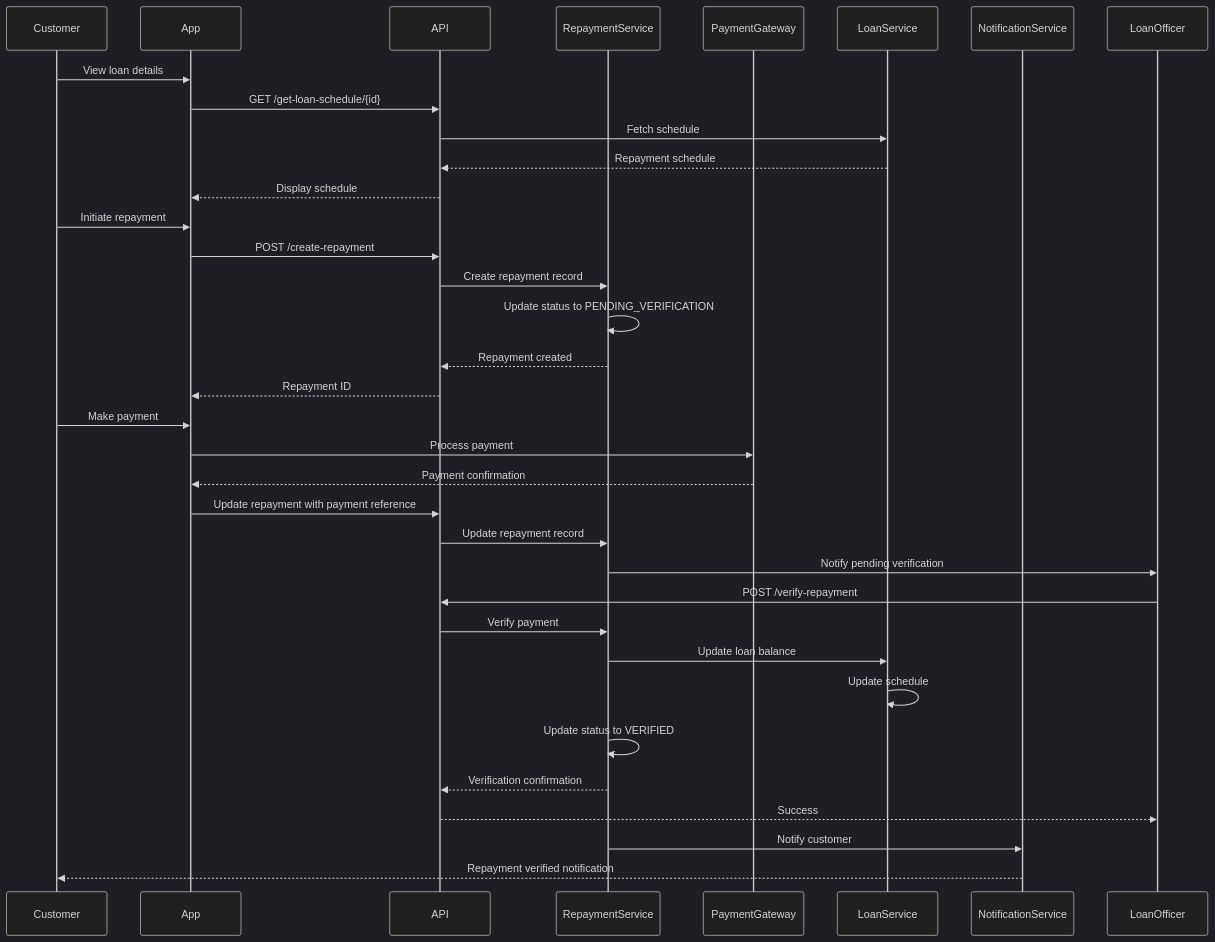
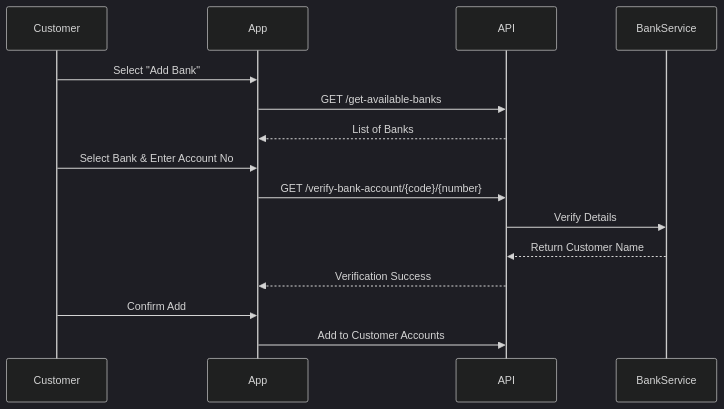
One commit to trillionclues-fincode/docs changed the third of 3 diagrams in lending/process-flow.mdx. Above: the diagram before and after it, drawn with Mermaid (dark theme). The commit also changed other lines of this file and 22 other files, not shown here.

Commit message:
chore(lending): refactor overview, process flows and api reference pages

````diff
--- a/lending/process-flow.mdx
+++ b/lending/process-flow.mdx
@@ -298,37 +156,18 @@
 ```mermaid
 sequenceDiagram
     participant Customer
     participant App
     participant API
-    participant RepaymentService
-    participant PaymentGateway
-    participant LoanService
-    participant NotificationService
+    participant BankService
 
-    Customer->>App: View loan details
-    App->>API: GET /get-loan-schedule/{id}
-    API->>LoanService: Fetch schedule
-    LoanService-->>API: Repayment schedule
-    API-->>App: Display schedule
-    Customer->>App: Initiate repayment
-    App->>API: POST /create-repayment
-    API->>RepaymentService: Create repayment record
-    RepaymentService->>RepaymentService: Update status to PENDING_VERIFICATION
-    RepaymentService-->>API: Repayment created
-    API-->>App: Repayment ID
-    Customer->>App: Make payment
-    App->>PaymentGateway: Process payment
-    PaymentGateway-->>App: Payment confirmation
-    App->>API: Update repayment with payment reference
-    API->>RepaymentService: Update repayment record
-    RepaymentService->>LoanOfficer: Notify pending verification
-    LoanOfficer->>API: POST /verify-repayment
-    API->>RepaymentService: Verify payment
-    RepaymentService->>LoanService: Update loan balance
-    LoanService->>LoanService: Update schedule
-    RepaymentService->>RepaymentService: Update status to VERIFIED
-    RepaymentService-->>API: Verification confirmation
-    API-->>LoanOfficer: Success
-    RepaymentService->>NotificationService: Notify customer
-    NotificationService-->>Customer: Repayment verified notification
+    Customer->>App: Select "Add Bank"
+    App->>API: GET /get-available-banks
+    API-->>App: List of Banks
+    Customer->>App: Select Bank & Enter Account No
+    App->>API: GET /verify-bank-account/{code}/{number}
+    API->>BankService: Verify Details
+    BankService-->>API: Return Customer Name
+    API-->>App: Verification Success
+    Customer->>App: Confirm Add
+    App->>API: Add to Customer Accounts
 ```
````
